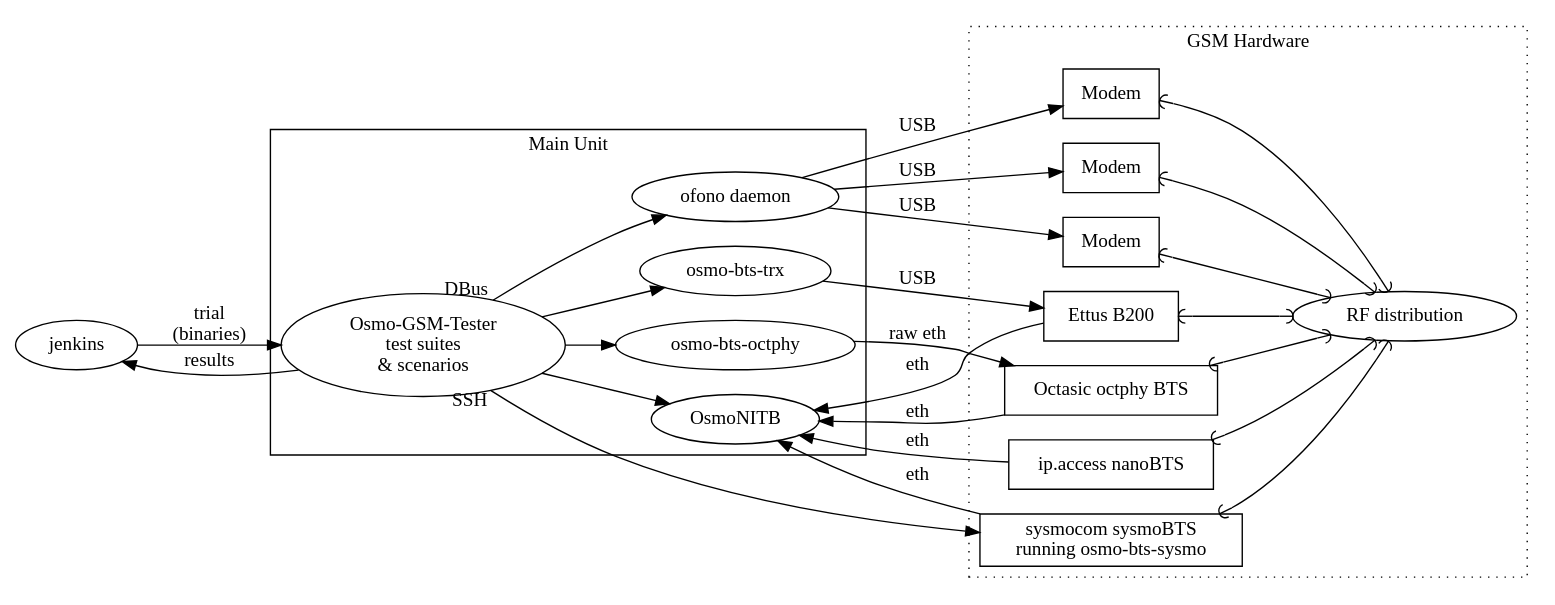
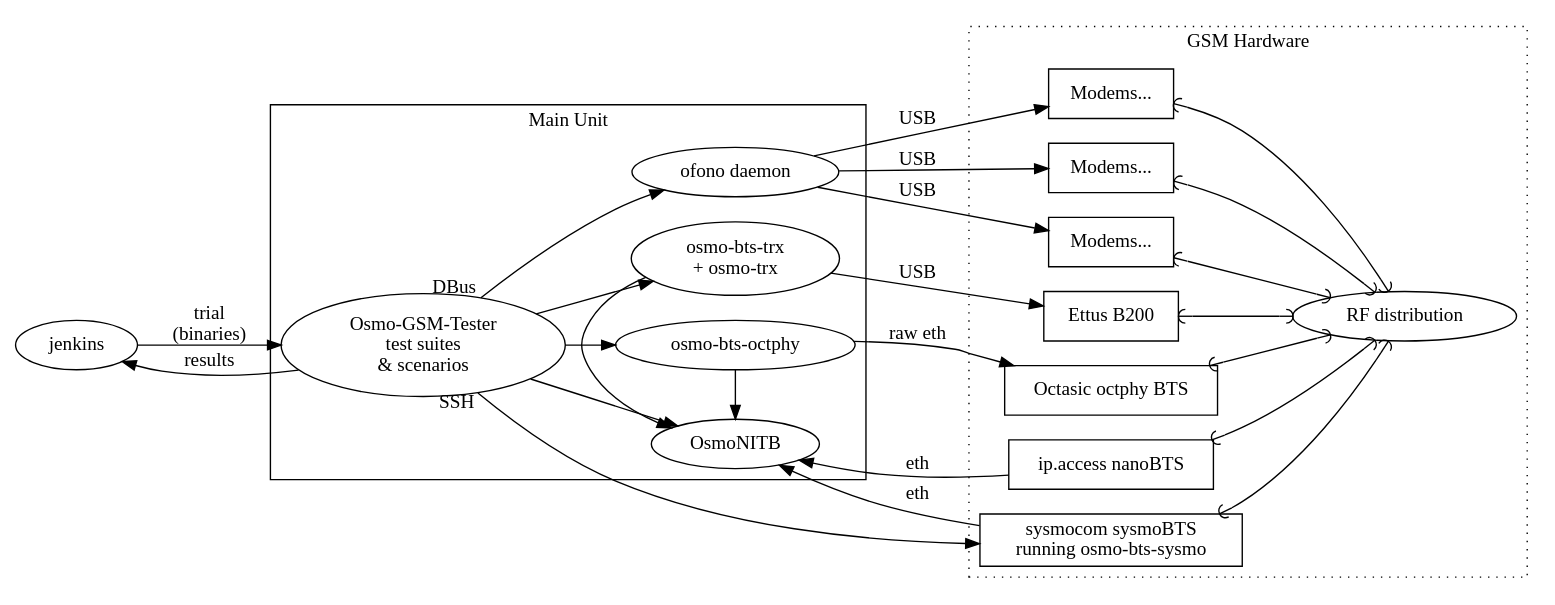
The first of 3 diagrams in doc/manuals/chapters/intro.adoc (osmocom/osmo-gsm-tester), drawn with Graphviz before and after one commit. The commit also changed other lines of this file, not shown here.

First line of the commit message:
OsmoGSMTester: add / tweak overview graphs

```diff
--- a/doc/manuals/chapters/intro.adoc
+++ b/doc/manuals/chapters/intro.adoc
@@ -29,43 +29,46 @@
 [graphviz]
 ----
 digraph G {
 	rankdir=LR;
 	jenkins
 	subgraph cluster_gsm_hardware {
 		label = "GSM Hardware";
 		style=dotted
 
-		modem0 [shape=box label=Modem]
-		modem1 [shape=box label=Modem]
-		modem2 [shape=box label=Modem]
+		modem0 [shape=box label="Modems..."]
+		modem1 [shape=box label="Modems..."]
+		modem2 [shape=box label="Modems..."]
 		osmo_bts_sysmo [label="sysmocom sysmoBTS\nrunning osmo-bts-sysmo" shape=box]
 		B200 [label="Ettus B200" shape=box]
 		octphy [label="Octasic octphy BTS" shape=box]
 		nanoBTS [label="ip.access nanoBTS" shape=box]
 		rf_distribution [label="RF distribution"]
 
 		{modem0 modem1 modem2 osmo_bts_sysmo B200 octphy nanoBTS}->rf_distribution [dir=both arrowhead="curve" arrowtail="curve"]
 	}
 	subgraph cluster_main_unit {
 	  label = "Main Unit"
 	  osmo_gsm_tester [label="Osmo-GSM-Tester\ntest suites\n& scenarios"]
-	  ofono [label="ofono daemon"]
-	  OsmoNITB
-	  osmo_bts_trx [label="osmo-bts-trx"]
-	  osmo_bts_octphy [label="osmo-bts-octphy"]
+	  subgraph {
+		rank=same
+		ofono [label="ofono daemon"]
+		OsmoNITB
+		osmo_bts_trx [label="osmo-bts-trx\n+ osmo-trx"]
+		osmo_bts_octphy [label="osmo-bts-octphy"]
+	  }
 	}
 
 
 	jenkins->osmo_gsm_tester [label="trial\n(binaries)"]
 	osmo_gsm_tester->jenkins [label="results"]
-	ofono->modem0 [label="USB"]
-	ofono->modem1 [label="USB"]
-	ofono->modem2 [label="USB"]
+	ofono->{modem0 modem1 modem2} [label="USB"]
 	osmo_gsm_tester-> {OsmoNITB osmo_bts_trx osmo_bts_octphy}
 	osmo_gsm_tester-> osmo_bts_sysmo [taillabel="SSH"]
 	osmo_gsm_tester-> ofono [taillabel="DBus"]
 	osmo_bts_trx->B200 [label="USB"]
 	osmo_bts_octphy->octphy [label="raw eth"]
-	{osmo_bts_sysmo B200 octphy nanoBTS}->OsmoNITB [label="eth"]
+	{osmo_bts_sysmo nanoBTS}->OsmoNITB [label="eth"]
+	{B200 octphy}->OsmoNITB [label="eth" style=invis]
+	{osmo_bts_trx osmo_bts_octphy}->OsmoNITB
 }
 ----
```
